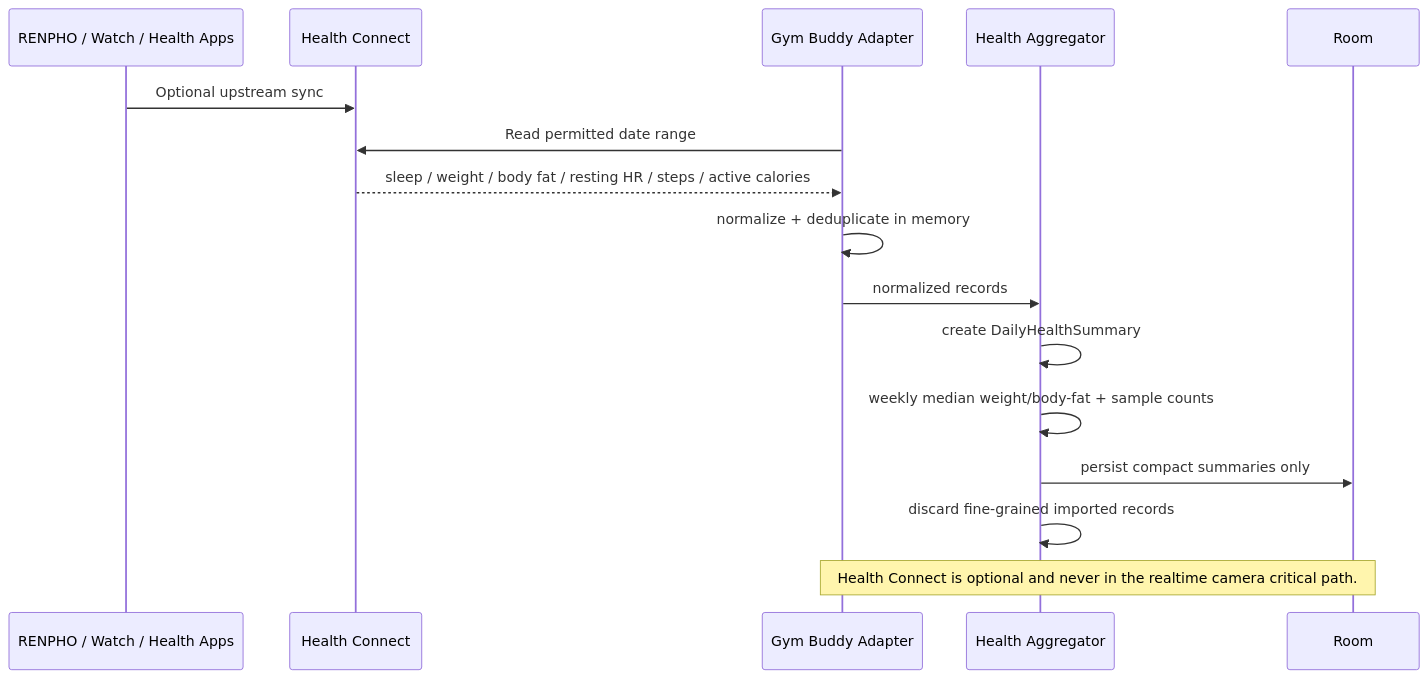
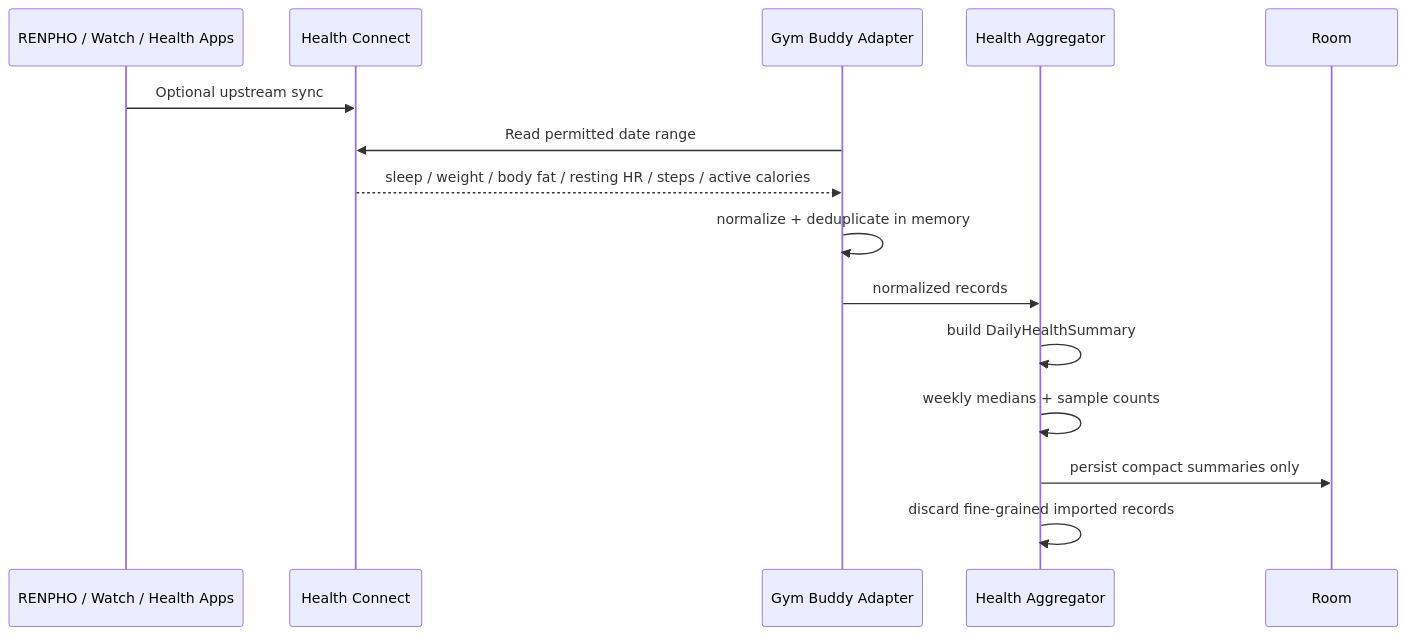
One commit to lazerta/gym-buddy changed the fifth of 7 diagrams in docs/uml/OVERVIEW.md. Above: the diagram before and after it, drawn with Mermaid. The commit also changed other lines of this file, not shown here.

Commit message:
UML v0.5: sync overview with second-review fixes

````diff
--- a/docs/uml/OVERVIEW.md
+++ b/docs/uml/OVERVIEW.md
@@ -273,20 +284,18 @@
 ```mermaid
 sequenceDiagram
     participant SRC as RENPHO / Watch / Health Apps
     participant HC as Health Connect
     participant G as Gym Buddy Adapter
     participant A as Health Aggregator
     participant DB as Room
 
     SRC->>HC: Optional upstream sync
     G->>HC: Read permitted date range
     HC-->>G: sleep / weight / body fat / resting HR / steps / active calories
     G->>G: normalize + deduplicate in memory
     G->>A: normalized records
-    A->>A: create DailyHealthSummary
-    A->>A: weekly median weight/body-fat + sample counts
+    A->>A: build DailyHealthSummary
+    A->>A: weekly medians + sample counts
     A->>DB: persist compact summaries only
     A->>A: discard fine-grained imported records
-
-    Note over G,DB: Health Connect is optional and never in the realtime camera critical path.
 ```
````
